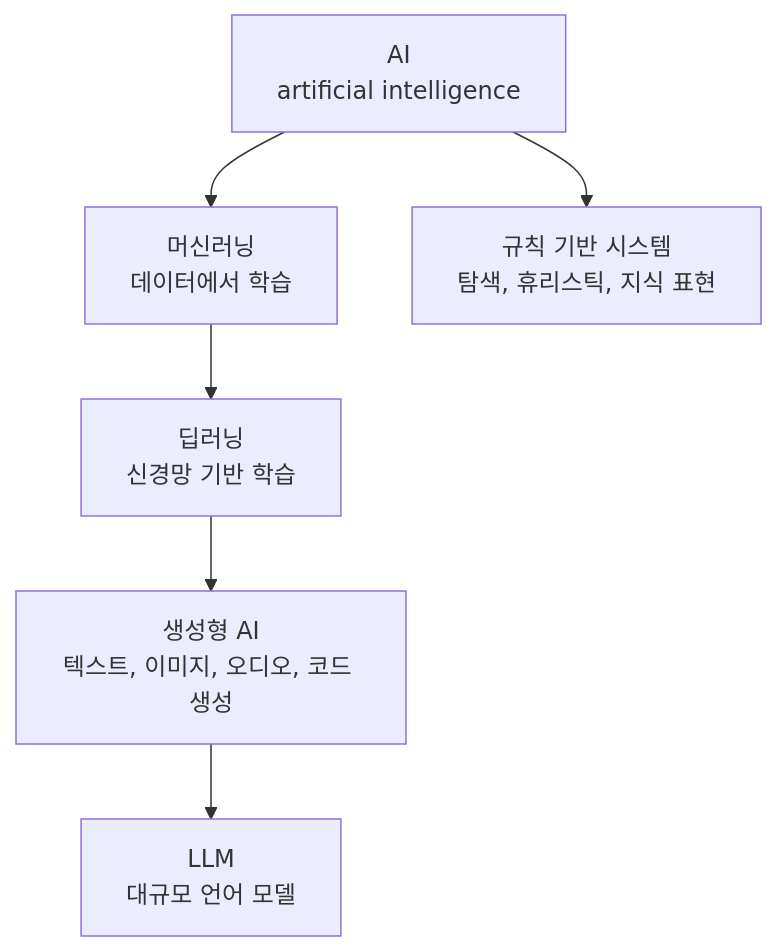
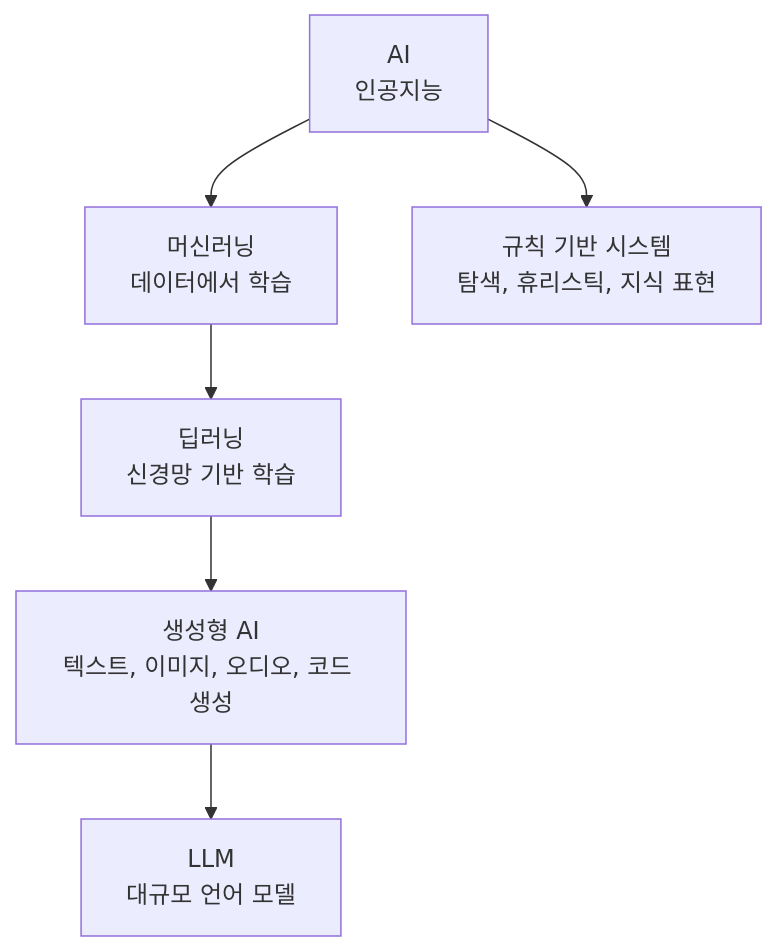
One commit to devchan64/AiBook changed the diagram in docs/assets/part-04/chapter-01/ai-scope-map-ko.mmd. Above: the diagram before and after it, drawn with Mermaid. The commit also changed 8 other files, not shown here.

Commit message:
Finish Part 4 Korean diagram localization

```diff
--- a/docs/assets/part-04/chapter-01/ai-scope-map-ko.mmd
+++ b/docs/assets/part-04/chapter-01/ai-scope-map-ko.mmd
@@ -1,13 +1,13 @@
 flowchart TD
-  AI["AI<br/>artificial intelligence"]
+  AI["AI<br/>인공지능"]
   ML["머신러닝<br/>데이터에서 학습"]
   RB["규칙 기반 시스템<br/>탐색, 휴리스틱, 지식 표현"]
   DL["딥러닝<br/>신경망 기반 학습"]
   GEN["생성형 AI<br/>텍스트, 이미지, 오디오, 코드 생성"]
   LLM["LLM<br/>대규모 언어 모델"]
 
   AI --> ML
   AI --> RB
   ML --> DL
   DL --> GEN
   GEN --> LLM
```
